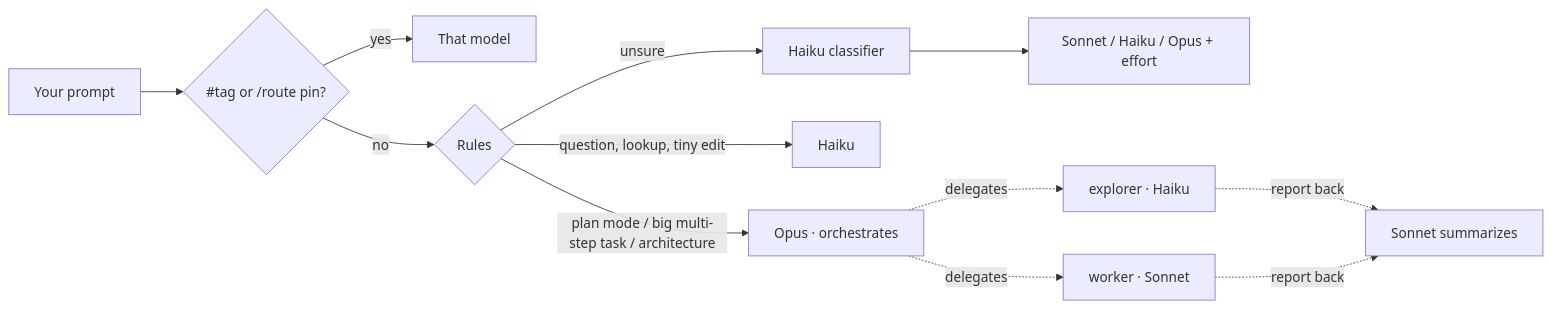
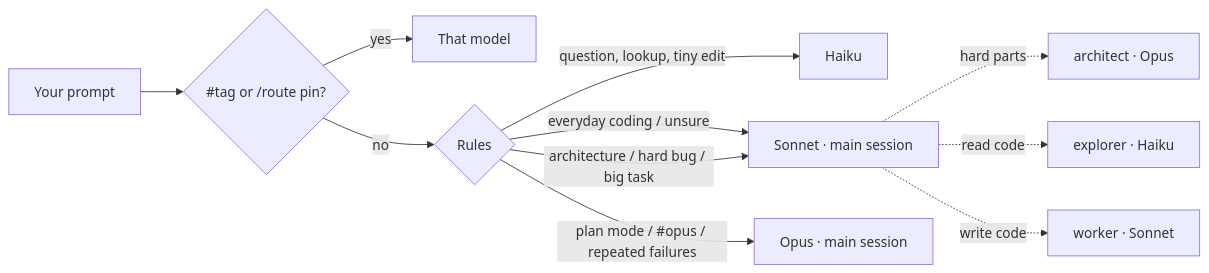
The diagram in README.md (paxon-yang/claude-agent-tools), drawn with Mermaid before and after one commit. The commit also changed other lines of this file and 14 other files, not shown here.

First line of the commit message:
Router: keep the main session's model, hand hard work to an Opus sub-agent

````diff
--- a/README.md
+++ b/README.md
@@ -107,12 +107,13 @@
 ```mermaid
 flowchart LR
   P[Your prompt] --> M{#tag or /route pin?}
   M -- yes --> T[That model]
   M -- no --> R{Rules}
-  R -- "plan mode / big multi-step task / architecture" --> O[Opus · orchestrates]
   R -- "question, lookup, tiny edit" --> H[Haiku]
-  R -- unsure --> C[Haiku classifier] --> S[Sonnet / Haiku / Opus + effort]
-  O -. delegates .-> E[explorer · Haiku]
-  O -. delegates .-> W[worker · Sonnet]
-  E & W -. report back .-> SUM[Sonnet summarizes]
+  R -- "everyday coding / unsure" --> S[Sonnet · main session]
+  R -- "architecture / hard bug / big task" --> S
+  S -. hard parts .-> A[architect · Opus]
+  S -. read code .-> E[explorer · Haiku]
+  S -. write code .-> W[worker · Sonnet]
+  R -- "plan mode / #opus / repeated failures" --> O[Opus · main session]
 ```
````
